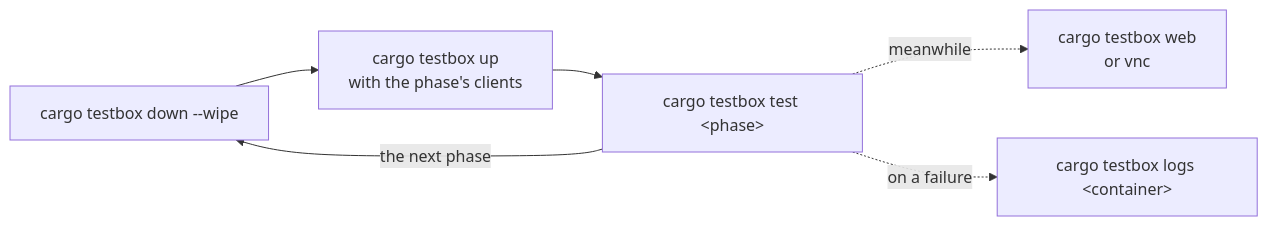
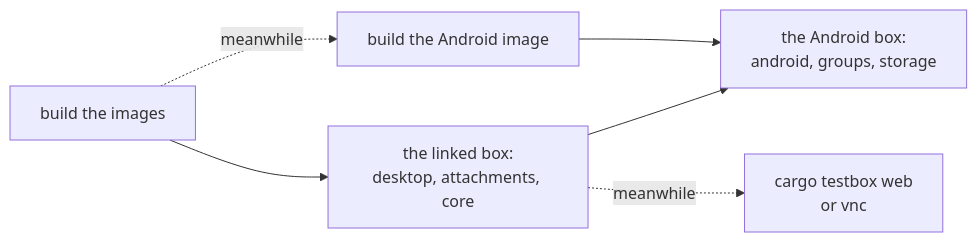
One commit to barafael/beep changed the third of 3 diagrams in testbox/README.md. Above: the diagram before and after it, drawn with Mermaid. The commit also changed other lines of this file and 20 other files, not shown here.

First line of the commit message:
testbox: phases share a box per fixture

````diff
--- a/testbox/README.md
+++ b/testbox/README.md
@@ -92,8 +100,8 @@
 ```mermaid
 flowchart LR
-    down["cargo testbox down --wipe"] --> up["cargo testbox up<br/>with the phase's clients"]
-    up --> test["cargo testbox test &lt;phase&gt;"]
-    test -- "the next phase" --> down
-    test -. "meanwhile" .-> watch["cargo testbox web<br/>or vnc"]
-    test -. "on a failure" .-> logs["cargo testbox logs &lt;container&gt;"]
+    build["build the images"] --> linked["the linked box:<br/>desktop, attachments, core"]
+    build -. "meanwhile" .-> image["build the Android image"]
+    linked --> android["the Android box:<br/>android, groups, storage"]
+    image --> android
+    linked -. "meanwhile" .-> watch["cargo testbox web<br/>or vnc"]
 ```
````
